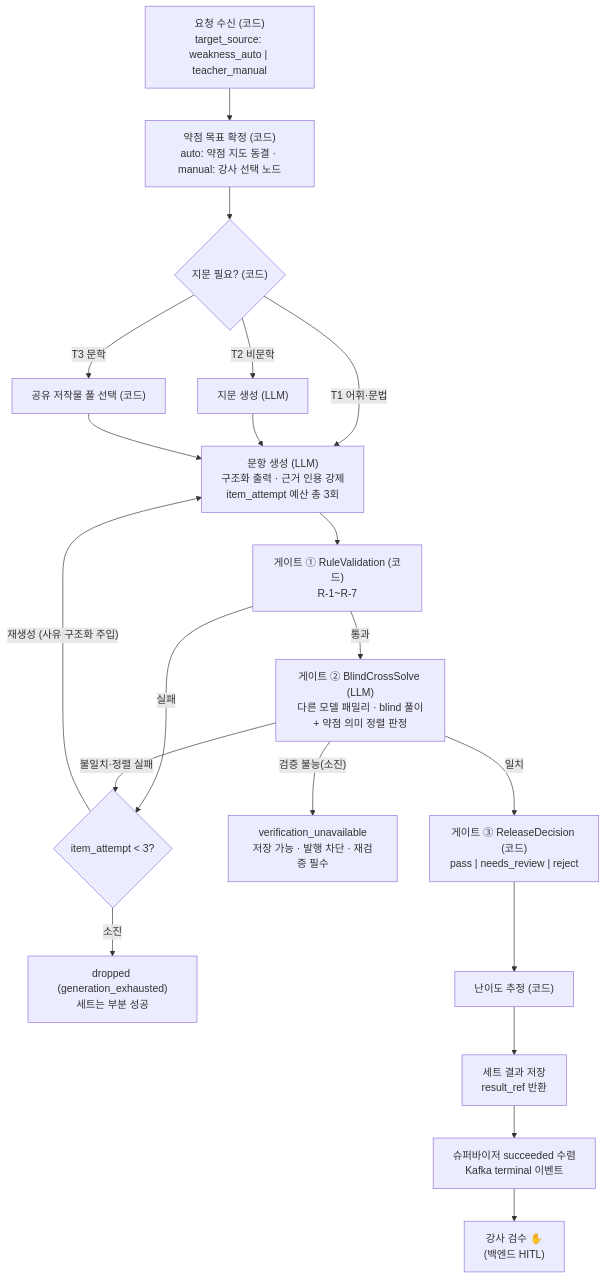
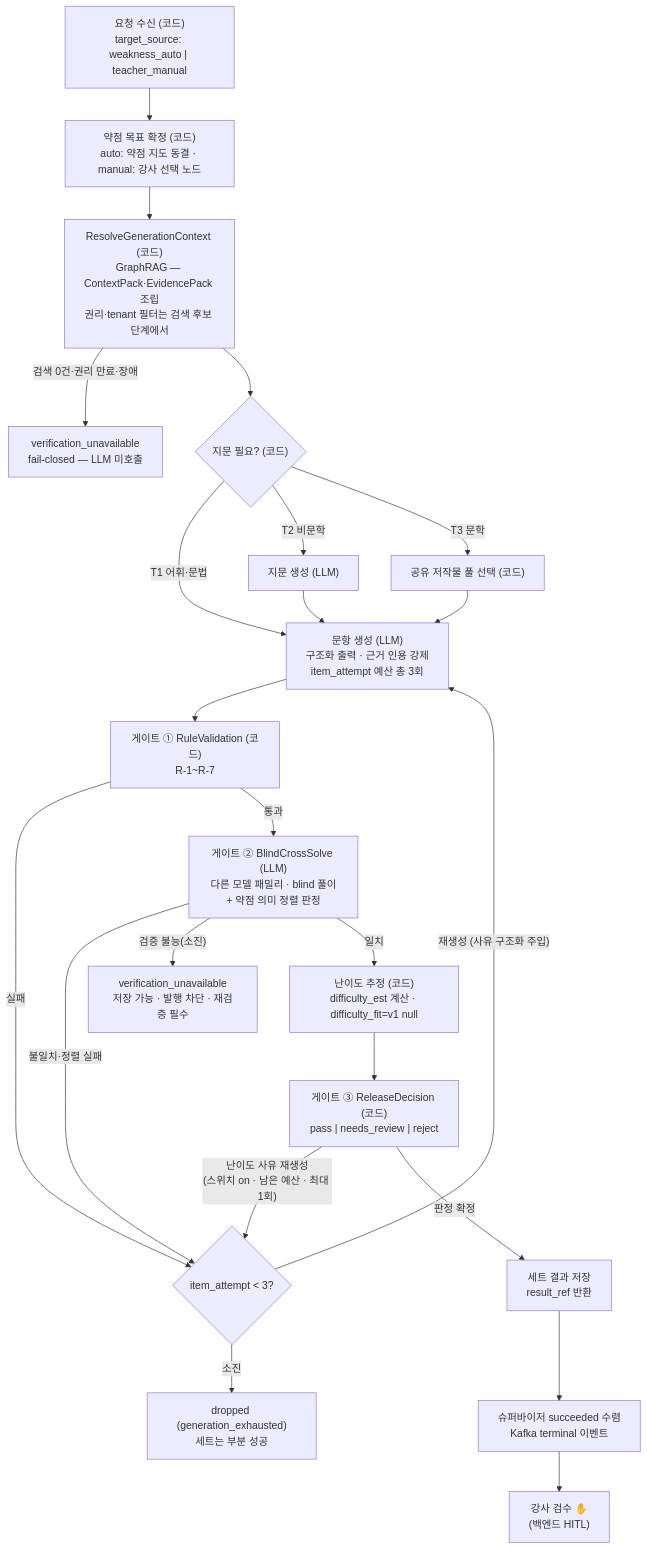
One commit to MTVS5-CheckOn/CheckOn-AI changed the third of 4 diagrams in docs/part_b/01_pipeline.md. Above: the diagram before and after it, drawn with Mermaid. The commit also changed other lines of this file and 10 other files, not shown here.

First line of the commit message:
docs(part_b): M2 1차 결정 확정 + GraphRAG 편입 + A 승인 안건 10건 정리

````diff
--- a/docs/part_b/01_pipeline.md
+++ b/docs/part_b/01_pipeline.md
@@ -62,22 +65,25 @@
 ```mermaid
 flowchart TB
   req["요청 수신 (코드)<br/>target_source: weakness_auto | teacher_manual"] --> wm["약점 목표 확정 (코드)<br/>auto: 약점 지도 동결 · manual: 강사 선택 노드"]
-  wm --> br{"지문 필요? (코드)"}
+  wm --> ctx["ResolveGenerationContext (코드)<br/>GraphRAG — ContextPack·EvidencePack 조립<br/>권리·tenant 필터는 검색 후보 단계에서"]
+  ctx -->|"검색 0건·권리 만료·장애"| unavail["verification_unavailable<br/>fail-closed — LLM 미호출"]
+  ctx --> br{"지문 필요? (코드)"}
   br -->|"T1 어휘·문법"| gen
   br -->|"T2 비문학"| ps["지문 생성 (LLM)"]
   br -->|"T3 문학"| pool["공유 저작물 풀 선택 (코드)"]
   ps --> gen["문항 생성 (LLM)<br/>구조화 출력 · 근거 인용 강제<br/>item_attempt 예산 총 3회"]
   pool --> gen
   gen --> v1["게이트 ① RuleValidation (코드)<br/>R-1~R-7"]
   v1 -->|"실패"| retry{"item_attempt < 3?"}
   retry -->|"재생성 (사유 구조화 주입)"| gen
   retry -->|"소진"| drop["dropped (generation_exhausted)<br/>세트는 부분 성공"]
   v1 -->|"통과"| v2["게이트 ② BlindCrossSolve (LLM)<br/>다른 모델 패밀리 · blind 풀이<br/>+ 약점 의미 정렬 판정"]
   v2 -->|"불일치·정렬 실패"| retry
   v2 -->|"검증 불능(소진)"| blocked["verification_unavailable<br/>저장 가능 · 발행 차단 · 재검증 필수"]
-  v2 -->|"일치"| v3["게이트 ③ ReleaseDecision (코드)<br/>pass | needs_review | reject"]
-  v3 --> diff["난이도 추정 (코드)"]
-  diff --> save["세트 결과 저장<br/>result_ref 반환"]
+  v2 -->|"일치"| diff["난이도 추정 (코드)<br/>difficulty_est 계산 · difficulty_fit=v1 null"]
+  diff --> v3["게이트 ③ ReleaseDecision (코드)<br/>pass | needs_review | reject"]
+  v3 -->|"난이도 사유 재생성<br/>(스위치 on · 남은 예산 · 최대 1회)"| retry
+  v3 -->|"판정 확정"| save["세트 결과 저장<br/>result_ref 반환"]
   save --> terminal["슈퍼바이저 succeeded 수렴<br/>Kafka terminal 이벤트"]
   terminal --> hitl["강사 검수 ✋<br/>(백엔드 HITL)"]
 ```
````
